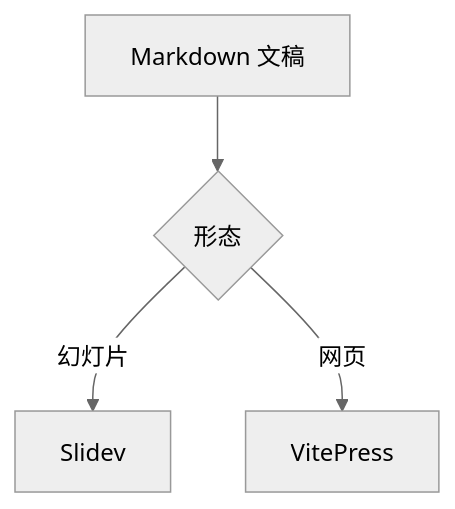
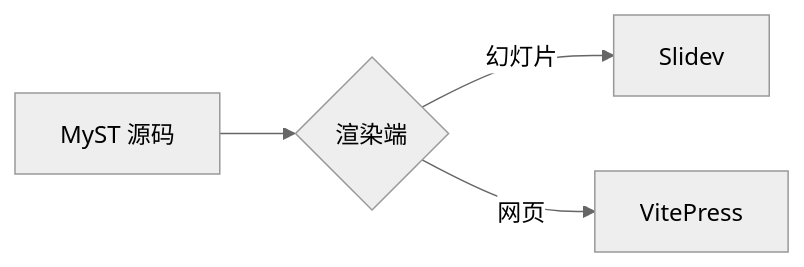
The first of 2 diagrams in examples/demo/pages/content.md (Lincyaw/presmium), drawn with Mermaid (neutral theme) before and after one commit. The commit also changed other lines of this file and 58 other files, not shown here.

````diff
--- a/examples/demo/pages/content.md
+++ b/examples/demo/pages/content.md
@@ -24,6 +20,6 @@
-```mermaid {scale: 0.75}
-flowchart TD
-  A[Markdown 文稿] --> B{形态}
+```mermaid
+flowchart LR
+  A[MyST 源码] --> B{渲染端}
   B -->|幻灯片| C[Slidev]
   B -->|网页| D[VitePress]
 ```
````
